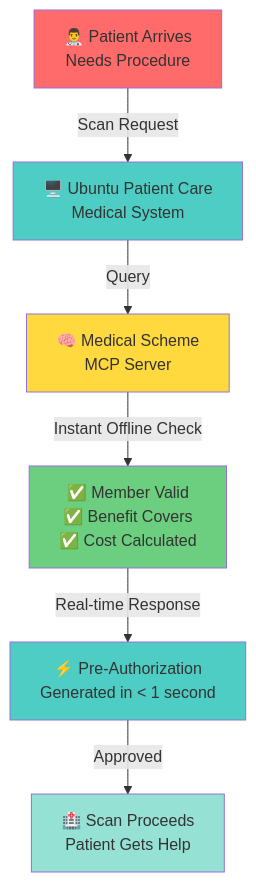
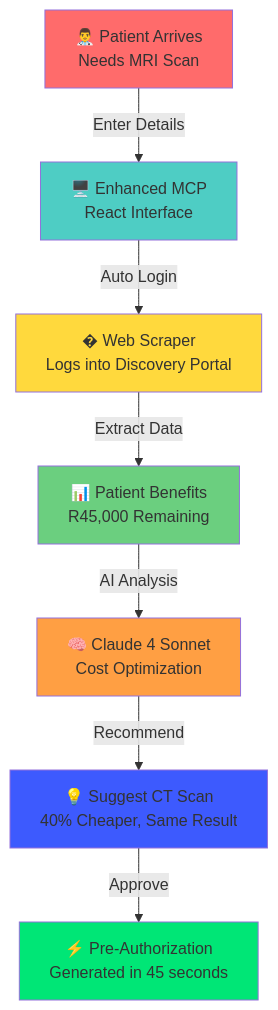
The first of 6 diagrams in mcp-medical-server/README.md (Jobeer1/Ubuntu-Patient-Care), drawn with Mermaid before and after one commit. The commit also changed other lines of this file and 37 other files, not shown here.

Commit message:
Major system updates: Enhanced MCP medical server, PACS NAS integration improvements, Philips QC checklists, and AI brain integration features (credentials sanitized)

````diff
--- a/mcp-medical-server/README.md
+++ b/mcp-medical-server/README.md
@@ -38,15 +55,17 @@
 ```mermaid
 graph TB
-    A["👨‍⚕️ Patient Arrives<br/>Needs Procedure"] -->|Scan Request| B["🖥️ Ubuntu Patient Care<br/>Medical System"]
-    B -->|Query| C["🧠 Medical Scheme<br/>MCP Server"]
-    C -->|Instant Offline Check| D["✅ Member Valid<br/>✅ Benefit Covers<br/>✅ Cost Calculated"]
-    D -->|Real-time Response| E["⚡ Pre-Authorization<br/>Generated in < 1 second"]
-    E -->|Approved| F["🏥 Scan Proceeds<br/>Patient Gets Help"]
+    A["👨‍⚕️ Patient Arrives<br/>Needs MRI Scan"] -->|Enter Details| B["🖥️ Enhanced MCP<br/>React Interface"]
+    B -->|Auto Login| C["� Web Scraper<br/>Logs into Discovery Portal"]
+    C -->|Extract Data| D["📊 Patient Benefits<br/>R45,000 Remaining"]
+    D -->|AI Analysis| E["🧠 Claude 4 Sonnet<br/>Cost Optimization"]
+    E -->|Recommend| F["💡 Suggest CT Scan<br/>40% Cheaper, Same Result"]
+    F -->|Approve| G["⚡ Pre-Authorization<br/>Generated in 45 seconds"]
     
     style A fill:#ff6b6b
     style B fill:#4ecdc4
     style C fill:#ffd93d
     style D fill:#6bcf7f
-    style E fill:#4ecdc4
-    style F fill:#95e1d3
+    style E fill:#ff9f43
+    style F fill:#3d5afe
+    style G fill:#00e676
 ```
````
